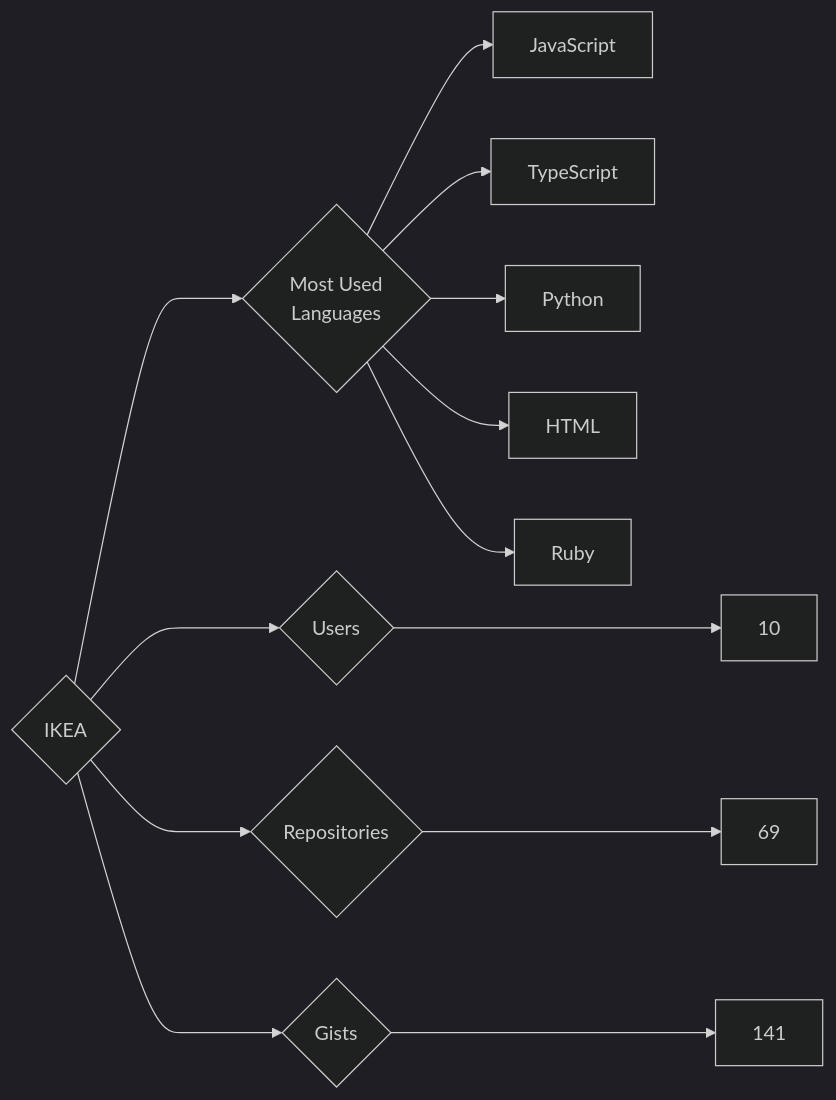
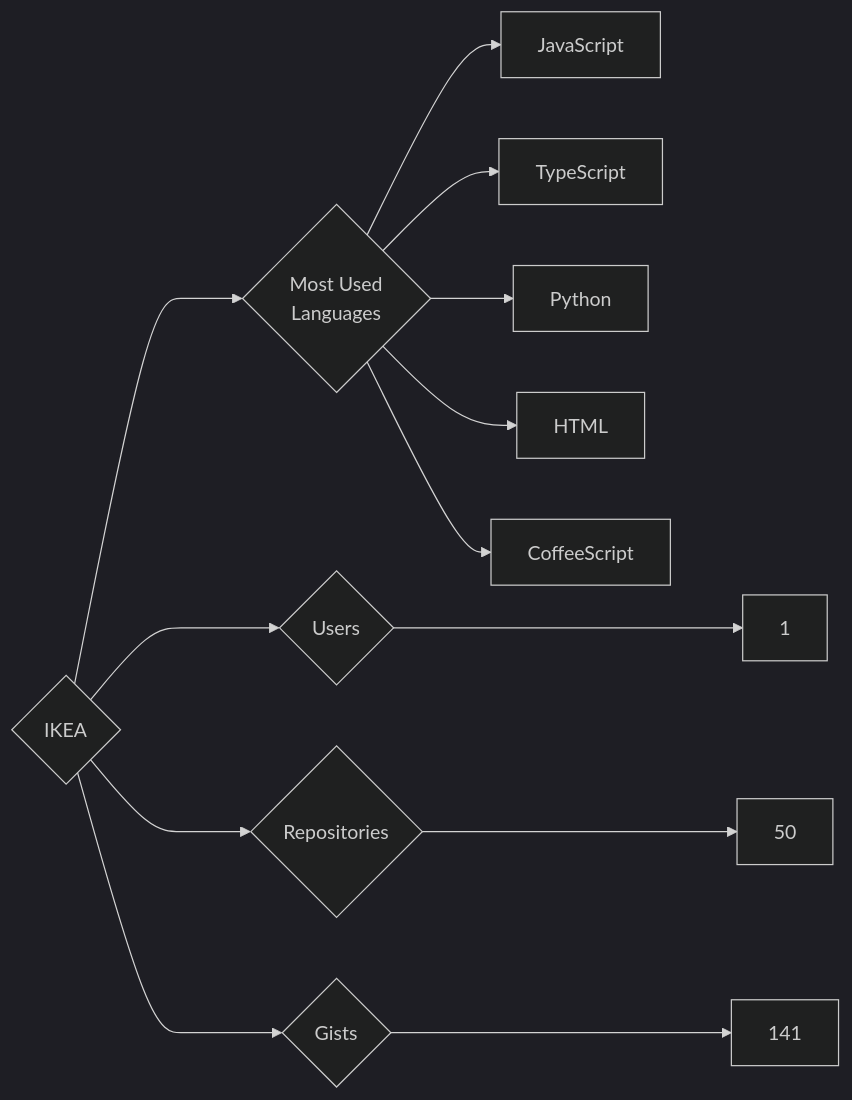
One commit to trickest/insiders changed the diagram in targets/IKEA/README.md. Above: the diagram before and after it, drawn with Mermaid (dark theme). The commit also changed 715 other files, not shown here.

````diff
--- a/targets/IKEA/README.md
+++ b/targets/IKEA/README.md
@@ -3,13 +3,13 @@
 ```mermaid
 graph LR
 COMPANY_NAME{IKEA}
-COMPANY_NAME ---> U{Users} ---> UN[10]
-COMPANY_NAME ---> R{Repositories} ---> RN[69]
+COMPANY_NAME ---> U{Users} ---> UN[1]
+COMPANY_NAME ---> R{Repositories} ---> RN[50]
 COMPANY_NAME ---> G{Gists} ---> GN[141]
 COMPANY_NAME ---> ML{Most Used<br>Languages}
 ML --> JavaScript[JavaScript]
 ML --> TypeScript[TypeScript]
 ML --> Python[Python]
 ML --> HTML[HTML]
-ML --> Ruby[Ruby]
+ML --> CoffeeScript[CoffeeScript]
 ```
````
